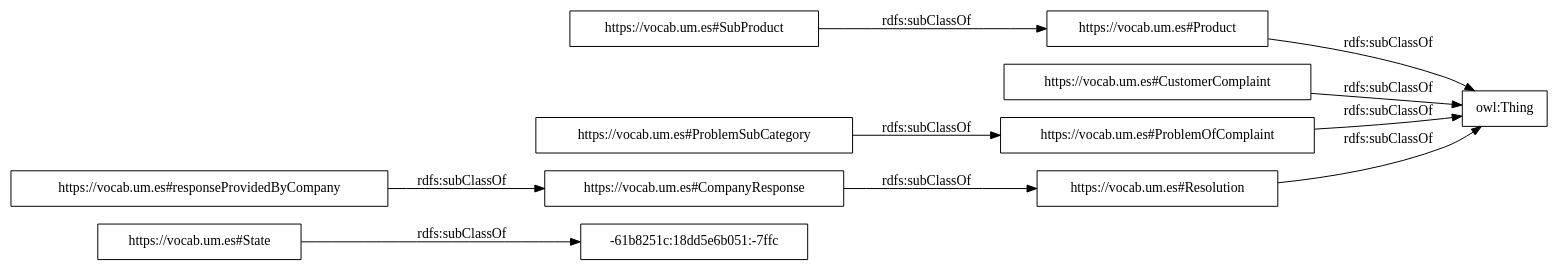
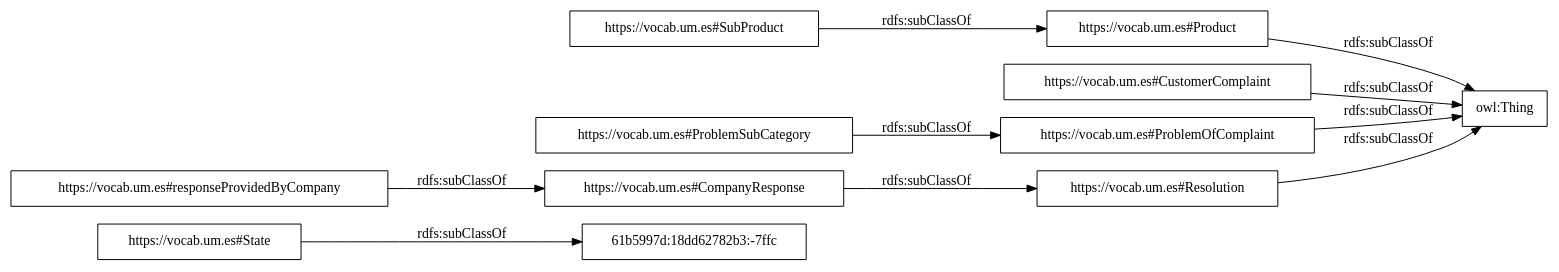
The diagram in OnToology/ontologies/CustomerComplaint_ontology_LLM.owl/diagrams/ar2dtool-taxonomy/CustomerComplaint_ontology_LLM.owl.png.dot (tecnomod-um/OntoGenixEvaluation), drawn with Graphviz before and after one commit. The commit also changed 30 other files, not shown here.

```diff
--- a/OnToology/ontologies/CustomerComplaint_ontology_LLM.owl/diagrams/ar2dtool-taxonomy/CustomerComplaint_ontology_LLM.owl.png.dot
+++ b/OnToology/ontologies/CustomerComplaint_ontology_LLM.owl/diagrams/ar2dtool-taxonomy/CustomerComplaint_ontology_LLM.owl.png.dot
@@ -1,15 +1,15 @@
 digraph ar2dtool_diagram { 
 rankdir=LR;
 size="1000"
-node [shape = rectangle, color="black"]; "-61b8251c:18dd5e6b051:-7ffc" "https://vocab.um.es#SubProduct" "https://vocab.um.es#Product" "https://vocab.um.es#State" "https://vocab.um.es#CompanyResponse" "https://vocab.um.es#CustomerComplaint" "https://vocab.um.es#ProblemOfComplaint" "https://vocab.um.es#responseProvidedByCompany" "https://vocab.um.es#Resolution" "https://vocab.um.es#ProblemSubCategory" ; /*classes style*/
+node [shape = rectangle, color="black"]; "61b5997d:18dd62782b3:-7ffc" "https://vocab.um.es#SubProduct" "https://vocab.um.es#Product" "https://vocab.um.es#State" "https://vocab.um.es#CompanyResponse" "https://vocab.um.es#CustomerComplaint" "https://vocab.um.es#ProblemOfComplaint" "https://vocab.um.es#responseProvidedByCompany" "https://vocab.um.es#Resolution" "https://vocab.um.es#ProblemSubCategory" ; /*classes style*/
 	"https://vocab.um.es#ProblemSubCategory" -> "https://vocab.um.es#ProblemOfComplaint" [ label = "rdfs:subClassOf" ];
-	"https://vocab.um.es#State" -> "-61b8251c:18dd5e6b051:-7ffc" [ label = "rdfs:subClassOf" ];
+	"https://vocab.um.es#State" -> "61b5997d:18dd62782b3:-7ffc" [ label = "rdfs:subClassOf" ];
 	"https://vocab.um.es#Product" -> "owl:Thing" [ label = "rdfs:subClassOf" ];
 	"https://vocab.um.es#ProblemOfComplaint" -> "owl:Thing" [ label = "rdfs:subClassOf" ];
 	"https://vocab.um.es#SubProduct" -> "https://vocab.um.es#Product" [ label = "rdfs:subClassOf" ];
 	"https://vocab.um.es#Resolution" -> "owl:Thing" [ label = "rdfs:subClassOf" ];
 	"https://vocab.um.es#CompanyResponse" -> "https://vocab.um.es#Resolution" [ label = "rdfs:subClassOf" ];
 	"https://vocab.um.es#CustomerComplaint" -> "owl:Thing" [ label = "rdfs:subClassOf" ];
 	"https://vocab.um.es#responseProvidedByCompany" -> "https://vocab.um.es#CompanyResponse" [ label = "rdfs:subClassOf" ];
 
 }
```
